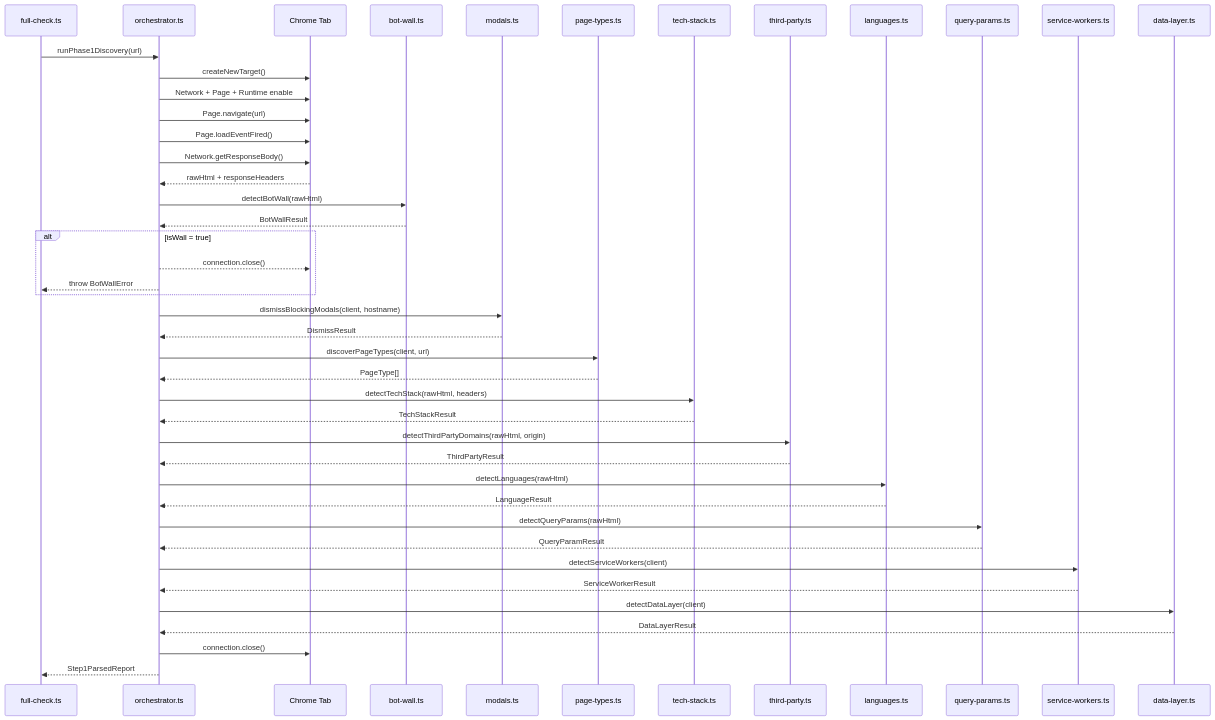
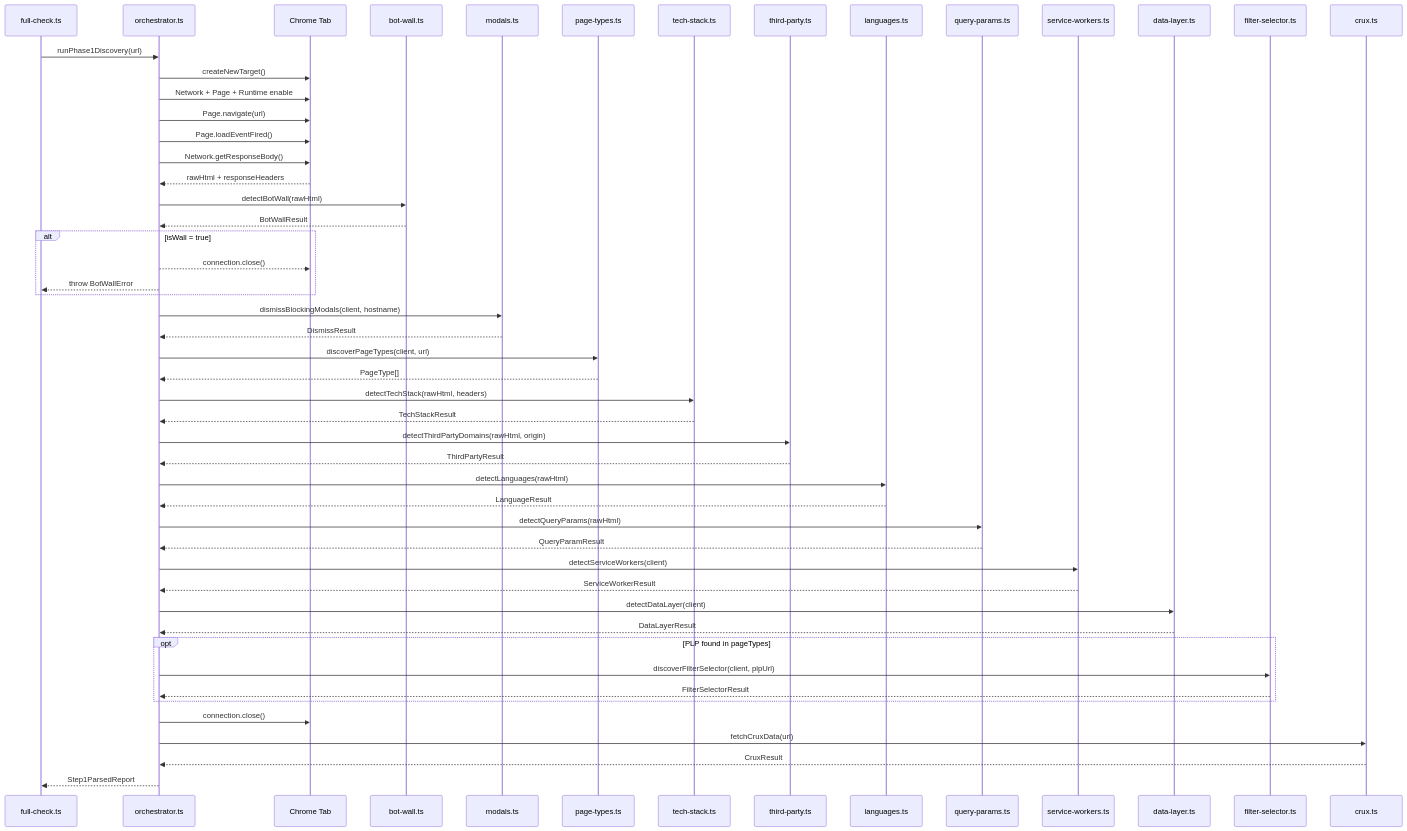
The first of 2 diagrams in docs/discover-phase1/architecture/orchestrator.md (BugGreen/ai-prevetting), drawn with Mermaid before and after one commit. The commit also changed other lines of this file and 10 other files, not shown here.

First line of the commit message:
feat(phase1): add filter selector discovery and CrUX API integration

````diff
--- a/docs/discover-phase1/architecture/orchestrator.md
+++ b/docs/discover-phase1/architecture/orchestrator.md
@@ -23,58 +23,69 @@
 ```mermaid
 sequenceDiagram
     participant FC as full-check.ts
     participant O as orchestrator.ts
     participant CDP as Chrome Tab
     participant BW as bot-wall.ts
     participant M as modals.ts
     participant PT as page-types.ts
     participant TS as tech-stack.ts
     participant TP as third-party.ts
     participant LG as languages.ts
     participant QP as query-params.ts
     participant SW as service-workers.ts
     participant DL as data-layer.ts
+    participant FS as filter-selector.ts
+    participant CX as crux.ts
 
     FC->>O: runPhase1Discovery(url)
     O->>CDP: createNewTarget()
     O->>CDP: Network + Page + Runtime enable
     O->>CDP: Page.navigate(url)
     O->>CDP: Page.loadEventFired()
     O->>CDP: Network.getResponseBody()
     CDP-->>O: rawHtml + responseHeaders
 
     O->>BW: detectBotWall(rawHtml)
     BW-->>O: BotWallResult
 
     alt isWall = true
         O-->>CDP: connection.close()
         O-->>FC: throw BotWallError
     end
 
     O->>M: dismissBlockingModals(client, hostname)
     M-->>O: DismissResult
 
     O->>PT: discoverPageTypes(client, url)
     PT-->>O: PageType[]
 
     O->>TS: detectTechStack(rawHtml, headers)
     TS-->>O: TechStackResult
 
     O->>TP: detectThirdPartyDomains(rawHtml, origin)
     TP-->>O: ThirdPartyResult
 
     O->>LG: detectLanguages(rawHtml)
     LG-->>O: LanguageResult
 
     O->>QP: detectQueryParams(rawHtml)
     QP-->>O: QueryParamResult
 
     O->>SW: detectServiceWorkers(client)
     SW-->>O: ServiceWorkerResult
 
     O->>DL: detectDataLayer(client)
     DL-->>O: DataLayerResult
 
+    opt PLP found in pageTypes
+        O->>FS: discoverFilterSelector(client, plpUrl)
+        FS-->>O: FilterSelectorResult
+    end
+
     O->>CDP: connection.close()
+
+    O->>CX: fetchCruxData(url)
+    CX-->>O: CruxResult
+
     O-->>FC: Step1ParsedReport
 ```
````
